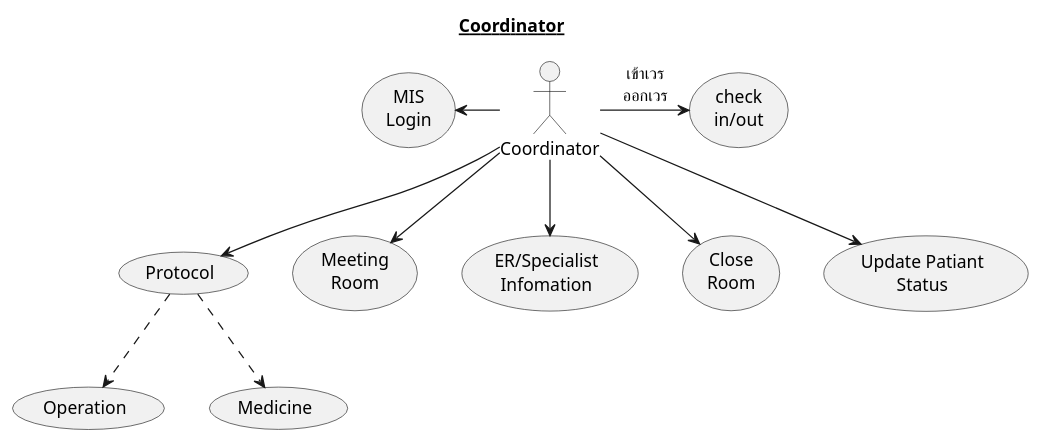
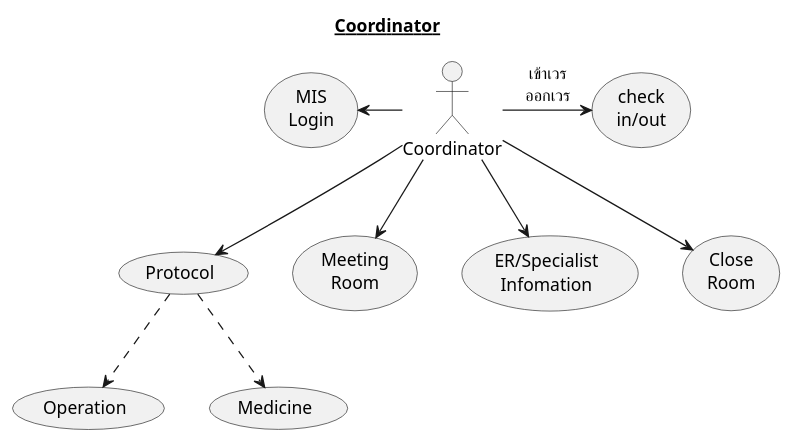
The diagram in uml/scenario_Coordinator.plantuml (lionants02/mis-api-doc), drawn with PlantUML before and after one commit. The commit also changed 7 other files, not shown here.

```diff
--- a/uml/scenario_Coordinator.plantuml
+++ b/uml/scenario_Coordinator.plantuml
@@ -1,26 +1,24 @@
 @startuml
 Title __Coordinator__
   :Coordinator: as Coordinator
 
   usecase (Protocol) as Protocol
   usecase (Operation) as Ops
   usecase (Medicine) as Med
   Protocol ..> Ops
   Protocol ..> Med
 
   usecase (MIS\nLogin) as MISLogin
   usecase (check\nin/out) as checkIn
   usecase (Meeting\nRoom) as MeetingRoom
   usecase (ER/Specialist\nInfomation) as ERSpecialistInfomation
   usecase (Close\nRoom) as CloseRoom
-  usecase (Update Patiant\nStatus) as UpdatePatiantStatus
 
   Coordinator -right-> checkIn : เข้าเวร\nออกเวร
   Coordinator -left-> MISLogin
   Coordinator --> MeetingRoom
   Coordinator --> ERSpecialistInfomation
   Coordinator --> CloseRoom
   Coordinator --> Protocol
-  Coordinator --> UpdatePatiantStatus
 
 @enduml
```
